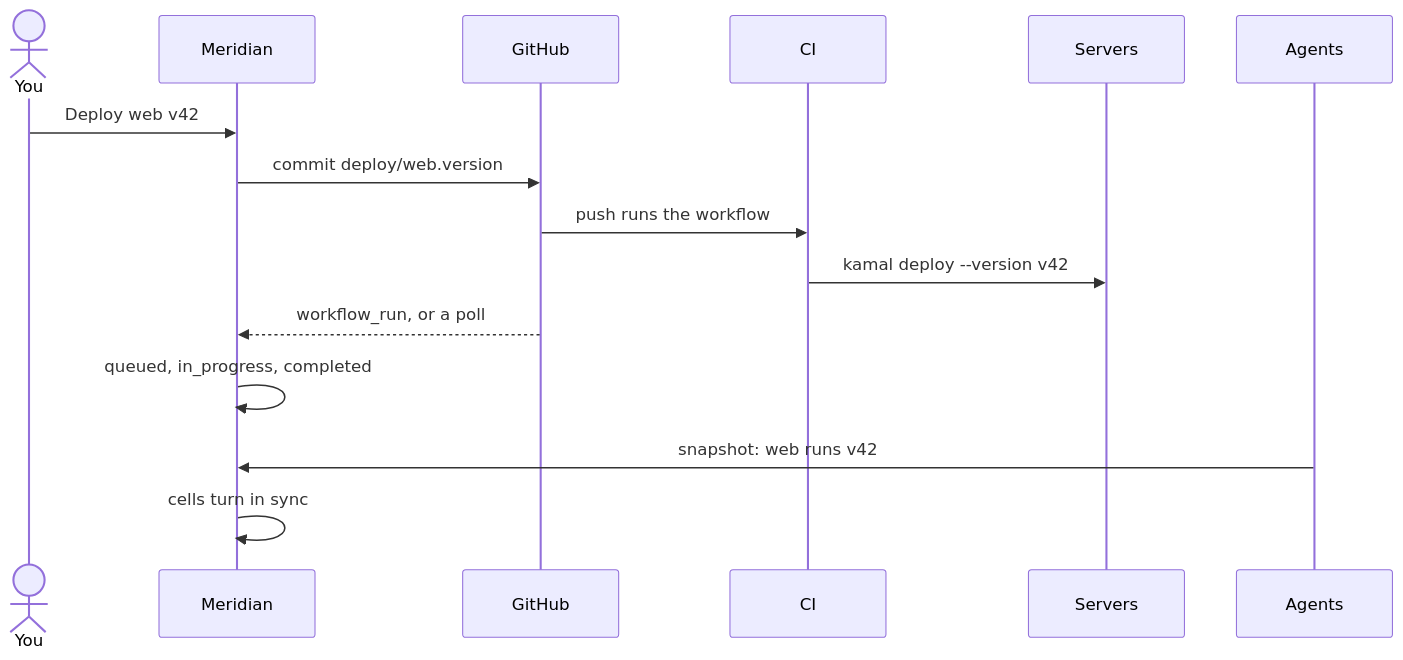
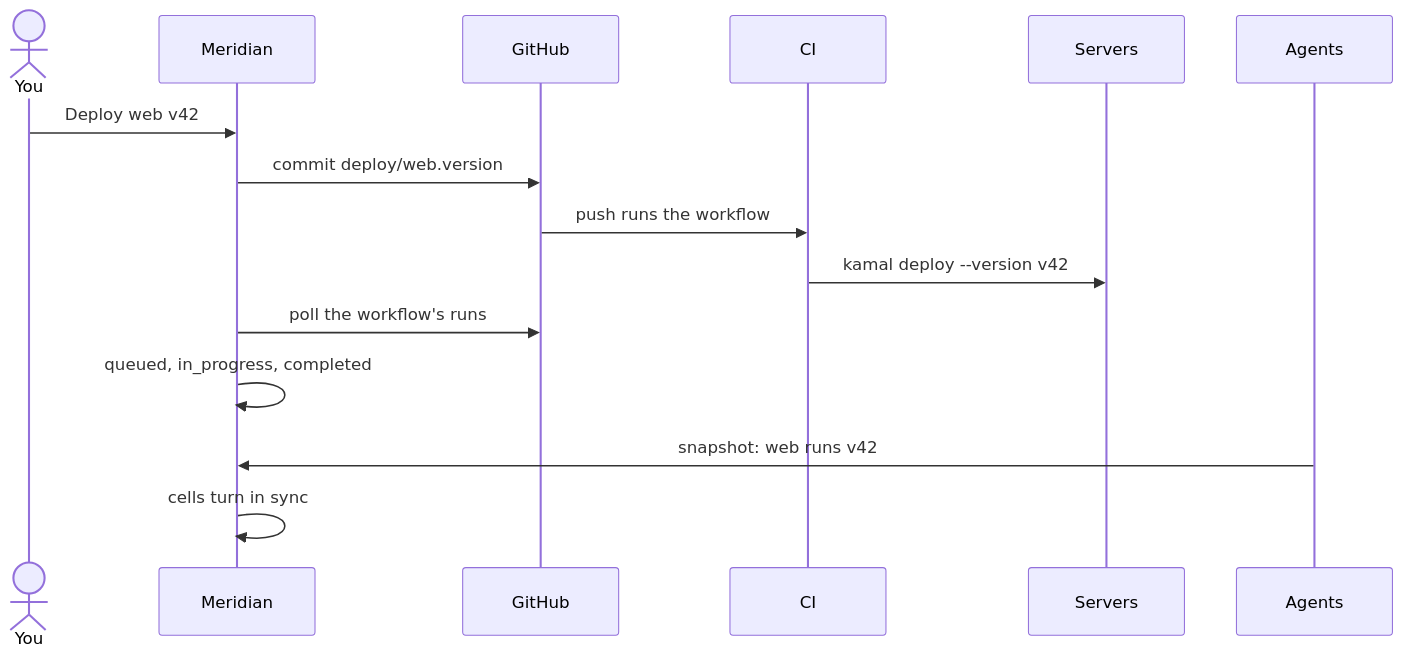
Before and after one commit to bigint/meridian: the third of 3 diagrams in contributing/architecture.md, drawn with Mermaid. The commit also changed other lines of this file and 55 other files, not shown here.

````diff
--- a/contributing/architecture.md
+++ b/contributing/architecture.md
@@ -99,17 +99,17 @@
 ```mermaid
 sequenceDiagram
   actor D as You
   participant M as Meridian
   participant G as GitHub
   participant CI as CI
   participant S as Servers
   participant A as Agents
   D->>M: Deploy web v42
   M->>G: commit deploy/web.version
   G->>CI: push runs the workflow
   CI->>S: kamal deploy --version v42
-  G-->>M: workflow_run, or a poll
+  M->>G: poll the workflow's runs
   M->>M: queued, in_progress, completed
   A->>M: snapshot: web runs v42
   M->>M: cells turn in sync
 ```
````
